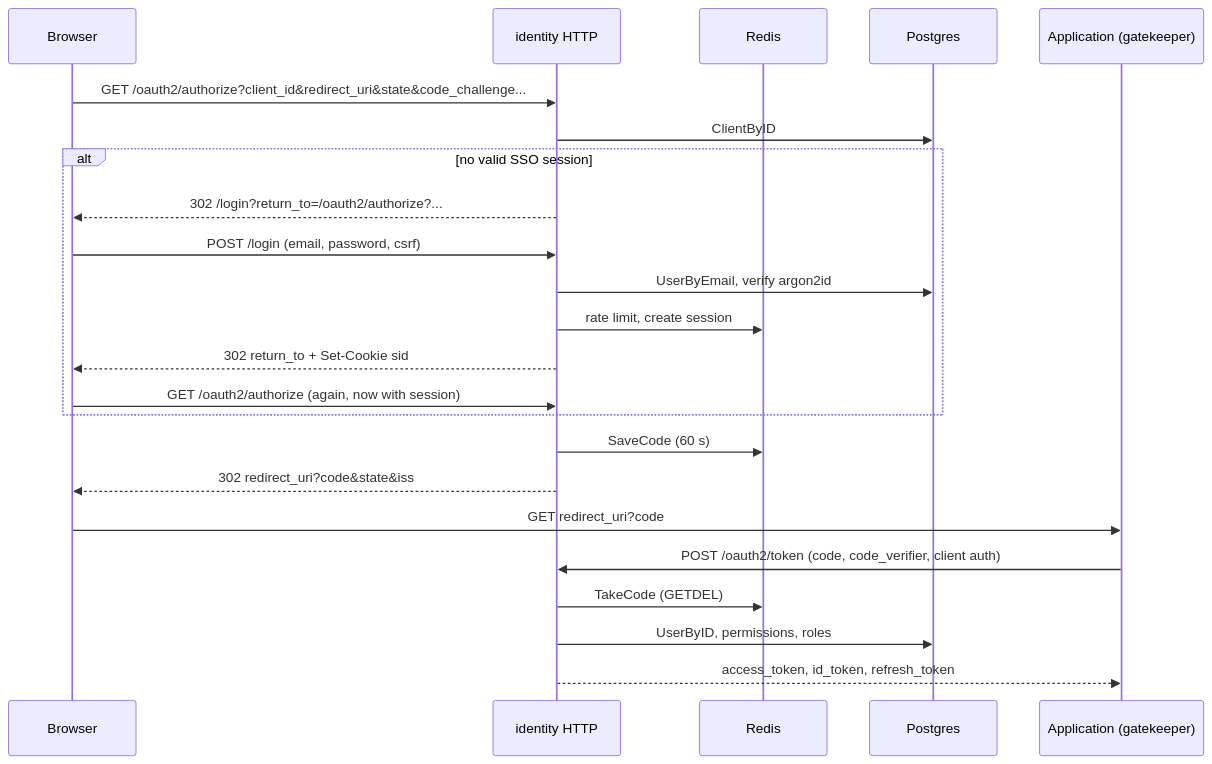
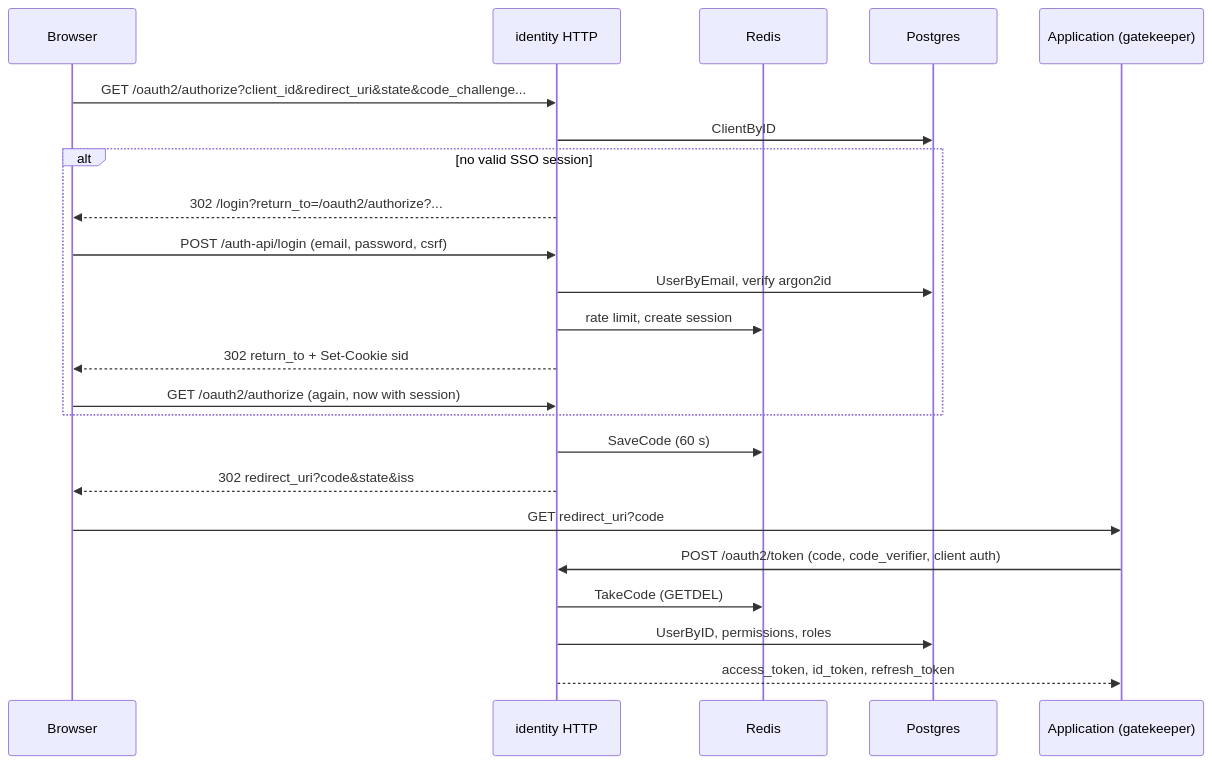
Before and after one commit to huponx/identity: the second of 21 diagrams in docs/flows.md, drawn with Mermaid. The commit also changed other lines of this file and 32 other files, not shown here.

````diff
--- a/docs/flows.md
+++ b/docs/flows.md
@@ -132,26 +148,26 @@
 ```mermaid
 sequenceDiagram
     participant B as Browser
     participant I as identity HTTP
     participant R as Redis
     participant P as Postgres
     participant A as Application (gatekeeper)
 
     B->>I: GET /oauth2/authorize?client_id&redirect_uri&state&code_challenge...
     I->>P: ClientByID
     alt no valid SSO session
         I-->>B: 302 /login?return_to=/oauth2/authorize?...
-        B->>I: POST /login (email, password, csrf)
+        B->>I: POST /auth-api/login (email, password, csrf)
         I->>P: UserByEmail, verify argon2id
         I->>R: rate limit, create session
         I-->>B: 302 return_to + Set-Cookie sid
         B->>I: GET /oauth2/authorize (again, now with session)
     end
     I->>R: SaveCode (60 s)
     I-->>B: 302 redirect_uri?code&state&iss
     B->>A: GET redirect_uri?code
     A->>I: POST /oauth2/token (code, code_verifier, client auth)
     I->>R: TakeCode (GETDEL)
     I->>P: UserByID, permissions, roles
     I-->>A: access_token, id_token, refresh_token
 ```
````
